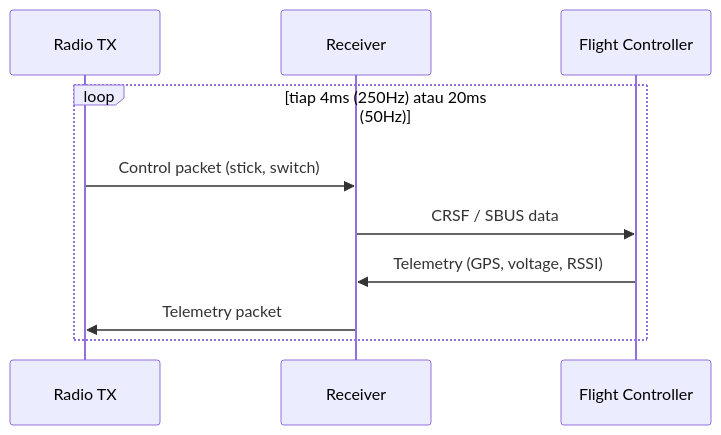
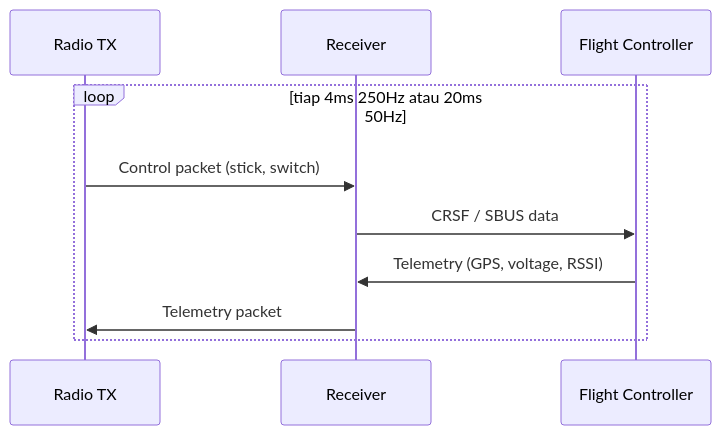
Before and after one commit to edhotp/Belajar-FPV-Long-Range: the first of 8 diagrams in learning/03-radio-link.md, drawn with Mermaid. The commit also changed other lines of this file and 4 other files, not shown here.

First line of the commit message:
fix(docs): perbaiki parse error pada chart Mermaid

````diff
--- a/learning/03-radio-link.md
+++ b/learning/03-radio-link.md
@@ -16,13 +16,13 @@
 ```mermaid
 sequenceDiagram
     participant TX as Radio TX
     participant RX as Receiver
     participant FC as Flight Controller
     
-    loop tiap 4ms (250Hz) atau 20ms (50Hz)
+    loop tiap 4ms 250Hz atau 20ms 50Hz
         TX->>RX: Control packet (stick, switch)
         RX->>FC: CRSF / SBUS data
         FC->>RX: Telemetry (GPS, voltage, RSSI)
         RX->>TX: Telemetry packet
     end
 ```
````
